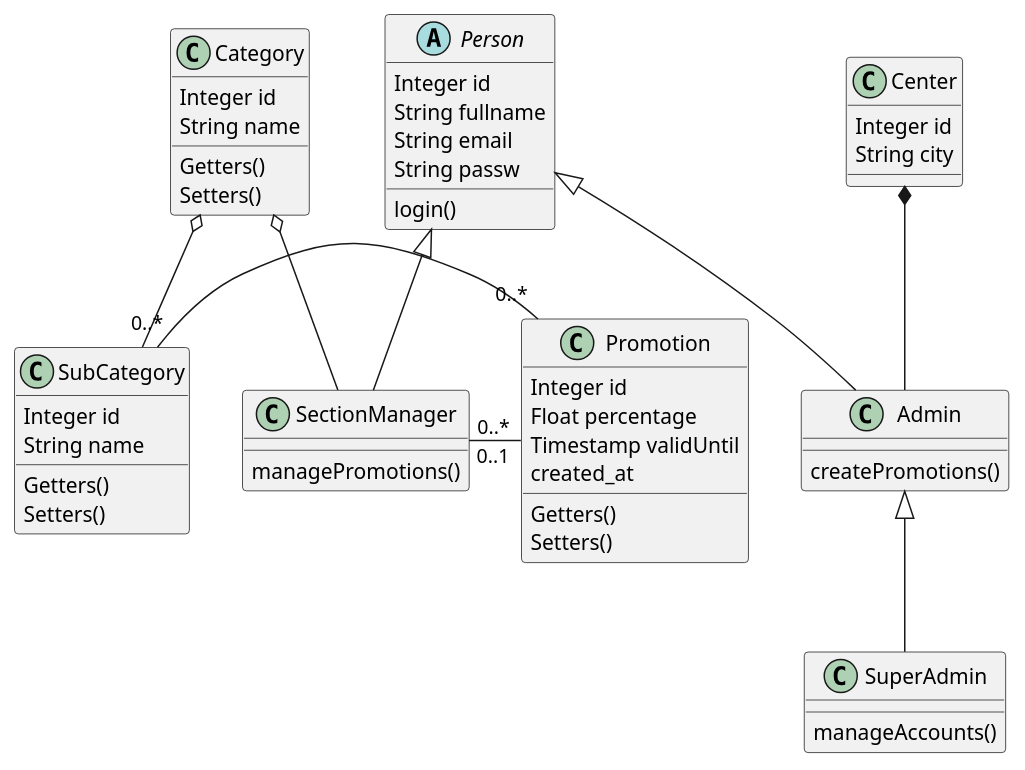
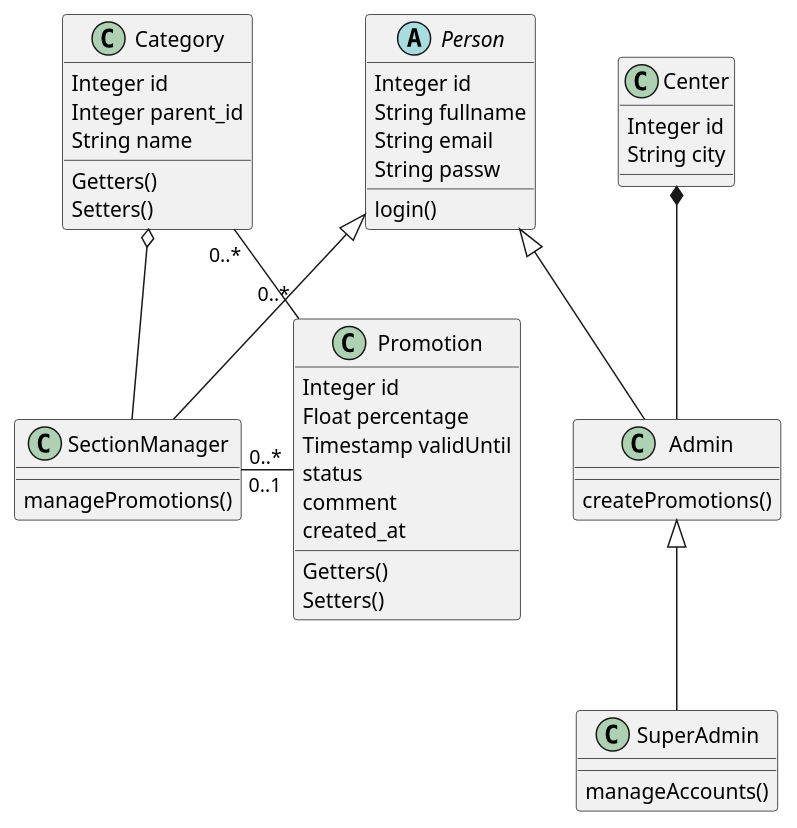
One commit to mehdilagdimi/marjane-promo-manager changed the diagram in Conception/marjaneClass.puml. Above: the diagram before and after it, drawn with PlantUML. The commit also changed 11 other files, not shown here.

```diff
--- a/Conception/marjaneClass.puml
+++ b/Conception/marjaneClass.puml
@@ -1,76 +1,80 @@
 @startuml
 'https://plantuml.com/class-diagram
 
 
 'Inheritance
 Person <|-- Admin
 Person <|-- SectionManager
 Admin <|-- SuperAdmin
 
 'Aggregation
-Category o-- SubCategory
+'Category o-- SubCategory
 Category o-- SectionManager
 'Composition
 Center *-- Admin
 
 'Category "0..1" - "0..*" Promotion
 
-SubCategory "0..*" - "0..*" Promotion
+Category "0..*" - "0..*" Promotion
 SectionManager "0..*" - "0..1" Promotion
 
 'This needs to be changed to many-to-many relationship
 'in case a product can belong to more than one category
 'SubCategory "0..1" - "0..*" exemptedFromPromotion
 'Promotion "0..*" - "1" exemptedFromPromotion
 
 
 abstract class Person {
     Integer id
     String fullname
     String email
     String passw
     login()
 }
 
 class Admin {
     createPromotions()
 }
 
 class SuperAdmin {
     manageAccounts()
 }
 
 class SectionManager{
     managePromotions()
 }
 
 class Category {
     Integer id
+    Integer parent_id
     String name
     Getters()
     Setters()
 }
-class SubCategory {
-    Integer id
-    String name
-    Getters()
-    Setters()
-}
+
+'class SubCategory {
+'    Integer id
+'    String name
+'    Getters()
+'    Setters()
+'}
 
 class Center {
     Integer id
     String city
 }
 
 class Promotion {
     Integer id
     Float percentage
     Timestamp validUntil
+    status
+    comment
     created_at
     Getters()
     Setters()
 }
 
 
 
 @enduml
```
